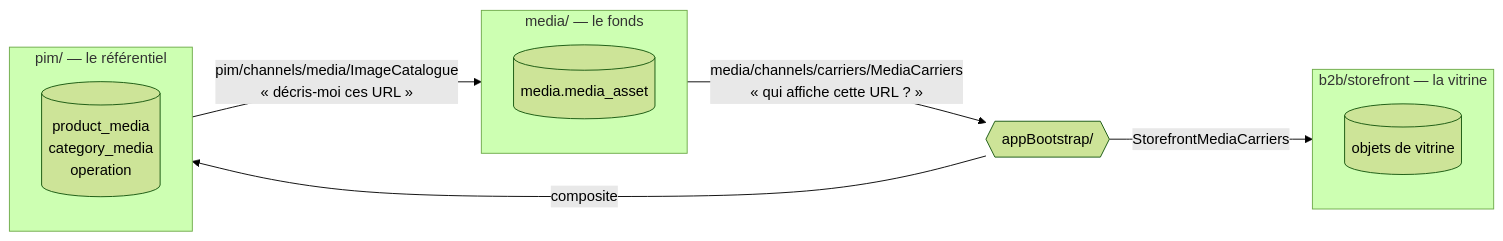
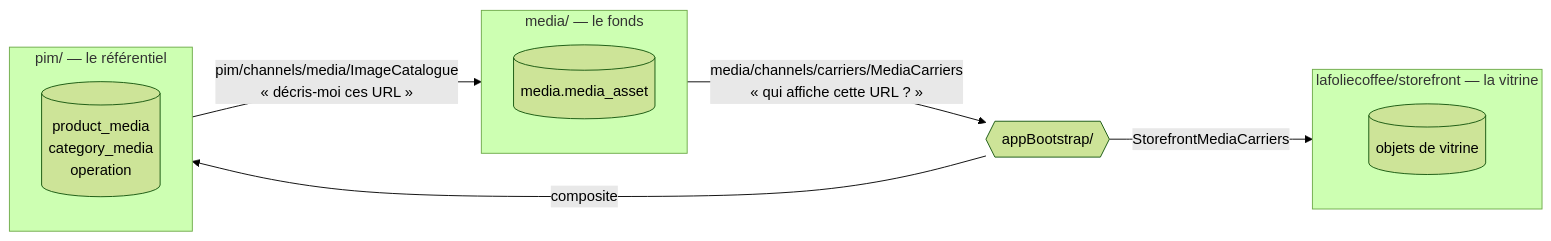
One commit to hugoheynard/lfd changed the first of 4 diagrams in documentation/mediatheque/mediatheque.md. Above: the diagram before and after it, drawn with Mermaid (forest theme). The commit also changed other lines of this file and 6369 other files, not shown here.

````diff
--- a/documentation/mediatheque/mediatheque.md
+++ b/documentation/mediatheque/mediatheque.md
@@ -126,18 +126,18 @@
 ```mermaid
 flowchart LR
     subgraph media["media/ — le fonds"]
         LIB[(media.media_asset)]
     end
     subgraph pim["pim/ — le référentiel"]
         PM[(product_media<br/>category_media<br/>operation)]
     end
-    subgraph b2b["b2b/storefront — la vitrine"]
+    subgraph b2b["lafoliecoffee/storefront — la vitrine"]
         SF[(objets de vitrine)]
     end
     APP{{appBootstrap/}}
 
     pim -- "pim/channels/media/ImageCatalogue<br/>« décris-moi ces URL »" --> media
     media -- "media/channels/carriers/MediaCarriers<br/>« qui affiche cette URL ? »" --> APP
     APP -- composite --> pim
     APP -- StorefrontMediaCarriers --> b2b
 ```
````
